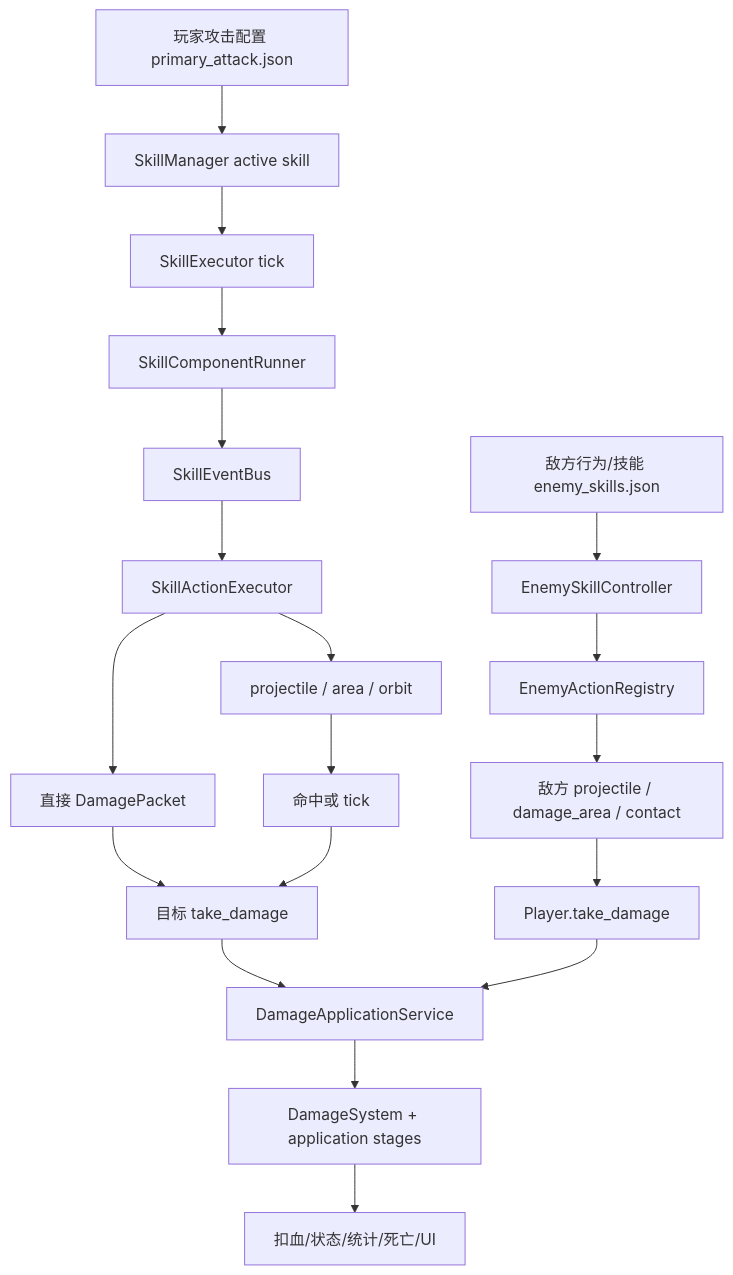
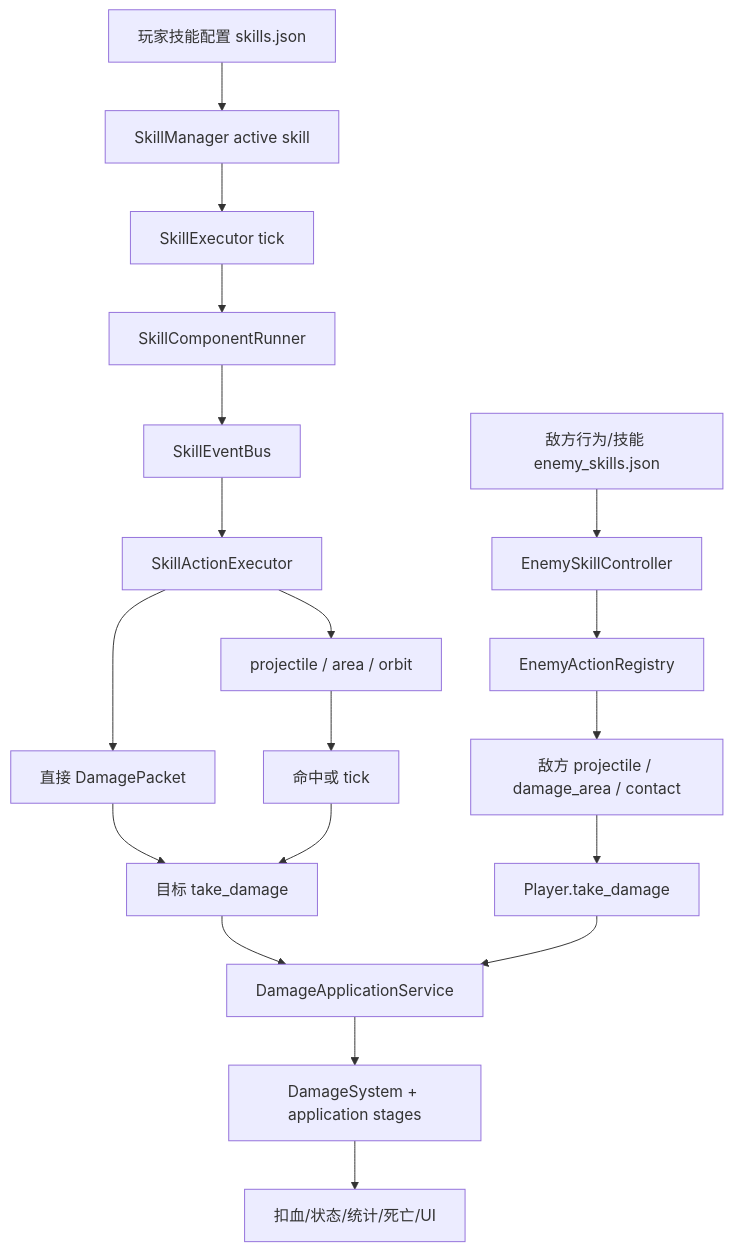
One commit to dengjunxicool-ai/roguelike_survivor changed the diagram in docs/ATTACK_SYSTEM_OVERVIEW.md. Above: the diagram before and after it, drawn with Mermaid. The commit also changed other lines of this file and 57 other files, not shown here.

````diff
--- a/docs/ATTACK_SYSTEM_OVERVIEW.md
+++ b/docs/ATTACK_SYSTEM_OVERVIEW.md
@@ -122,21 +124,21 @@
 ```mermaid
 flowchart TD
-    A["玩家攻击配置 primary_attack.json"] --> B["SkillManager active skill"]
+    A["玩家技能配置 skills.json"] --> B["SkillManager active skill"]
     B --> C["SkillExecutor tick"]
     C --> D["SkillComponentRunner"]
     D --> E["SkillEventBus"]
     E --> F["SkillActionExecutor"]
     F --> G["直接 DamagePacket"]
     F --> H["projectile / area / orbit"]
     H --> I["命中或 tick"]
     G --> J["目标 take_damage"]
     I --> J
     K["敌方行为/技能 enemy_skills.json"] --> L["EnemySkillController"]
     L --> M["EnemyActionRegistry"]
     M --> N["敌方 projectile / damage_area / contact"]
     N --> O["Player.take_damage"]
     J --> P["DamageApplicationService"]
     O --> P
     P --> Q["DamageSystem + application stages"]
     Q --> R["扣血/状态/统计/死亡/UI"]
 ```
````
